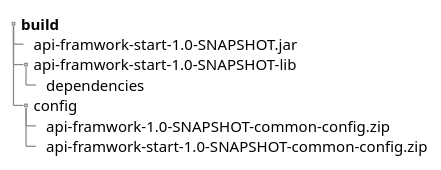
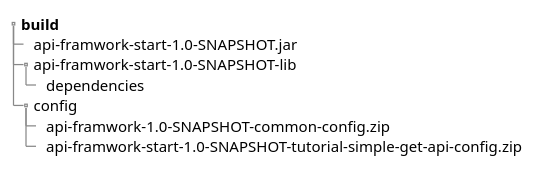
The second of 2 diagrams in docs/tutorial-simple-get-api.adoc (vinscom/api-framework-start), drawn with PlantUML before and after one commit.

```diff
--- a/docs/tutorial-simple-get-api.adoc
+++ b/docs/tutorial-simple-get-api.adoc
@@ -128,16 +128,16 @@
 [plantuml,./assets/build-folder-structure, png]
 ....
 @startsalt
 {
 {T
  + **build**
  ++ api-framwork-start-1.0-SNAPSHOT.jar
  ++ api-framwork-start-1.0-SNAPSHOT-lib
  +++ dependencies
  ++ config
  +++ api-framwork-1.0-SNAPSHOT-common-config.zip
- +++ api-framwork-start-1.0-SNAPSHOT-common-config.zip
+ +++ api-framwork-start-1.0-SNAPSHOT-tutorial-simple-get-api-config.zip
 }
 }
 @endsalt
 ....
```
